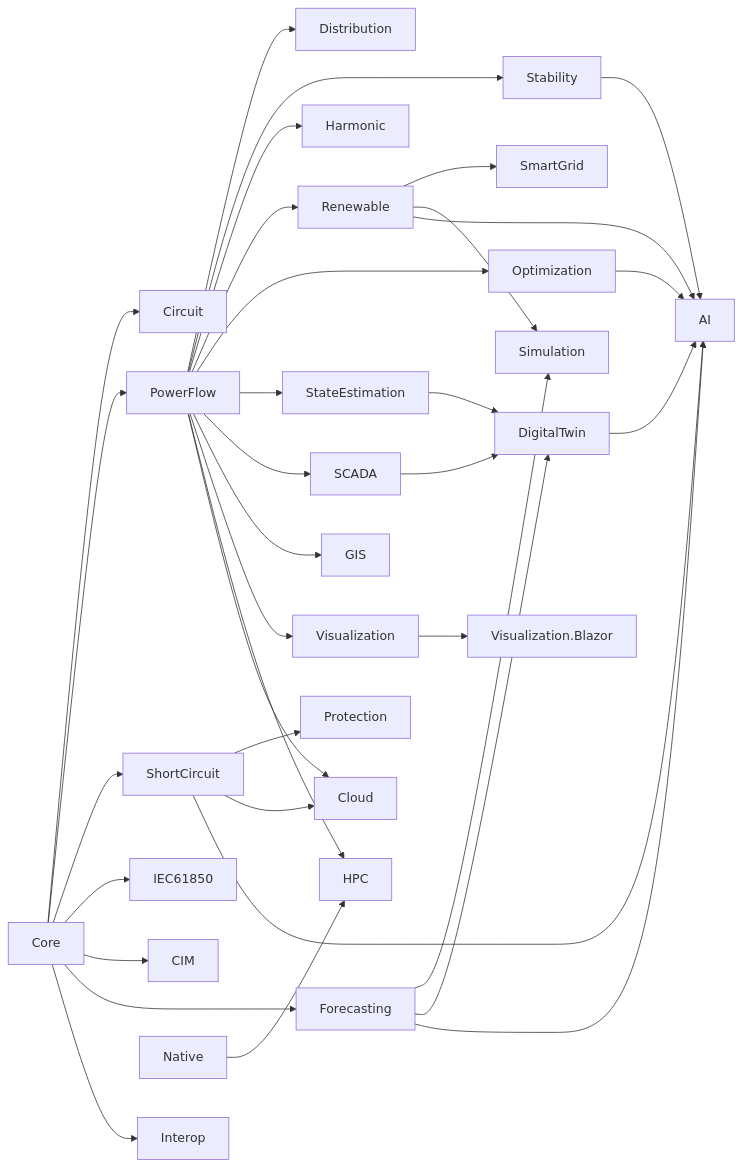
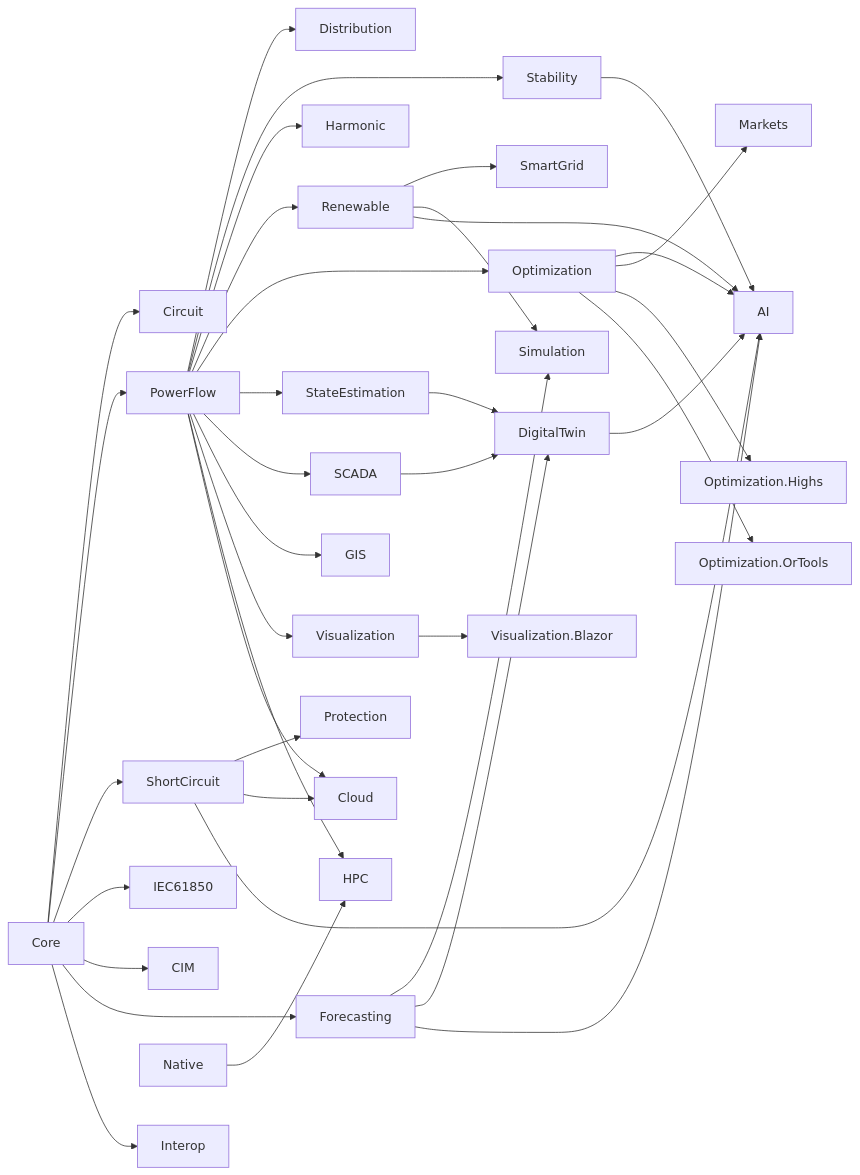
One commit to DotNetVibeCoderz/Vibe_Components changed the diagram in Electrical.Net/docs/en/architecture.md. Above: the diagram before and after it, drawn with Mermaid. The commit also changed other lines of this file and 70 other files, not shown here.

First line of the commit message:
Electrical.Net 1.2.0: optimization and markets

````diff
--- a/Electrical.Net/docs/en/architecture.md
+++ b/Electrical.Net/docs/en/architecture.md
@@ -7,37 +7,39 @@
 ```mermaid
 graph LR
     Core --> Circuit
     Core --> PowerFlow
     Core --> ShortCircuit
     Core --> IEC61850
     Core --> CIM
     Core --> Forecasting
     PowerFlow --> Distribution
     Core --> Interop
     ShortCircuit --> Protection
     PowerFlow --> Stability
     PowerFlow --> Harmonic
     PowerFlow --> Renewable
     PowerFlow --> Optimization
     PowerFlow --> StateEstimation
     PowerFlow --> SCADA
     PowerFlow --> GIS
     PowerFlow --> Visualization
     Renewable --> SmartGrid
     Renewable --> Simulation
     Forecasting --> Simulation
     PowerFlow --> HPC
     Native --> HPC
     PowerFlow --> Cloud
     ShortCircuit --> Cloud
     StateEstimation --> DigitalTwin
     SCADA --> DigitalTwin
     Forecasting --> DigitalTwin
     ShortCircuit --> AI
     Forecasting --> AI
     DigitalTwin --> AI
     Stability --> AI
     Renewable --> AI
     Optimization --> AI
+    Optimization --> Markets
+    Optimization --> Highs[Optimization.Highs] & OrTools[Optimization.OrTools]
     Visualization --> VizBlazor[Visualization.Blazor]
 ```
````
